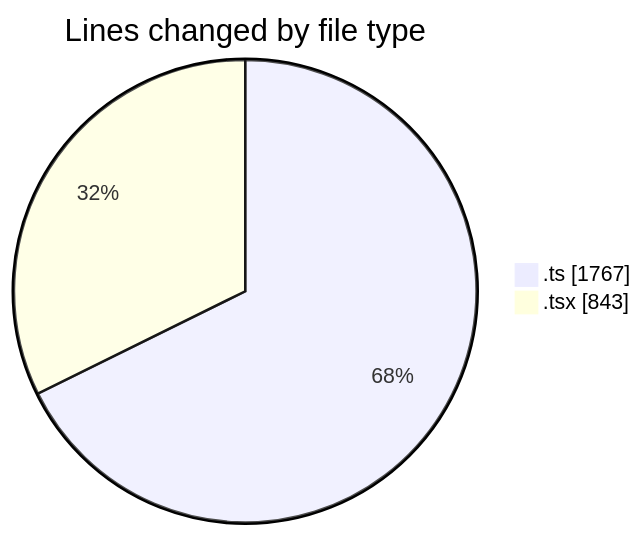
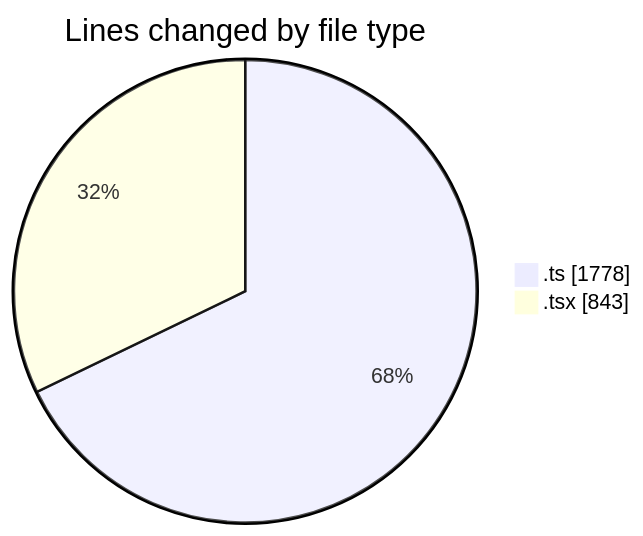
One commit to JenPaints/code-tracking changed the first of 2 diagrams in 2025-06-22/archive/README.md. Above: the diagram before and after it, drawn with Mermaid. The commit also changed other lines of this file and 1 other file, not shown here.

````diff
--- a/2025-06-22/archive/README.md
+++ b/2025-06-22/archive/README.md
@@ -25,6 +25,6 @@
 ```mermaid
 pie showData
 title Lines changed by file type
-".ts" : 1767
+".ts" : 1778
 ".tsx" : 843
 ```
````
